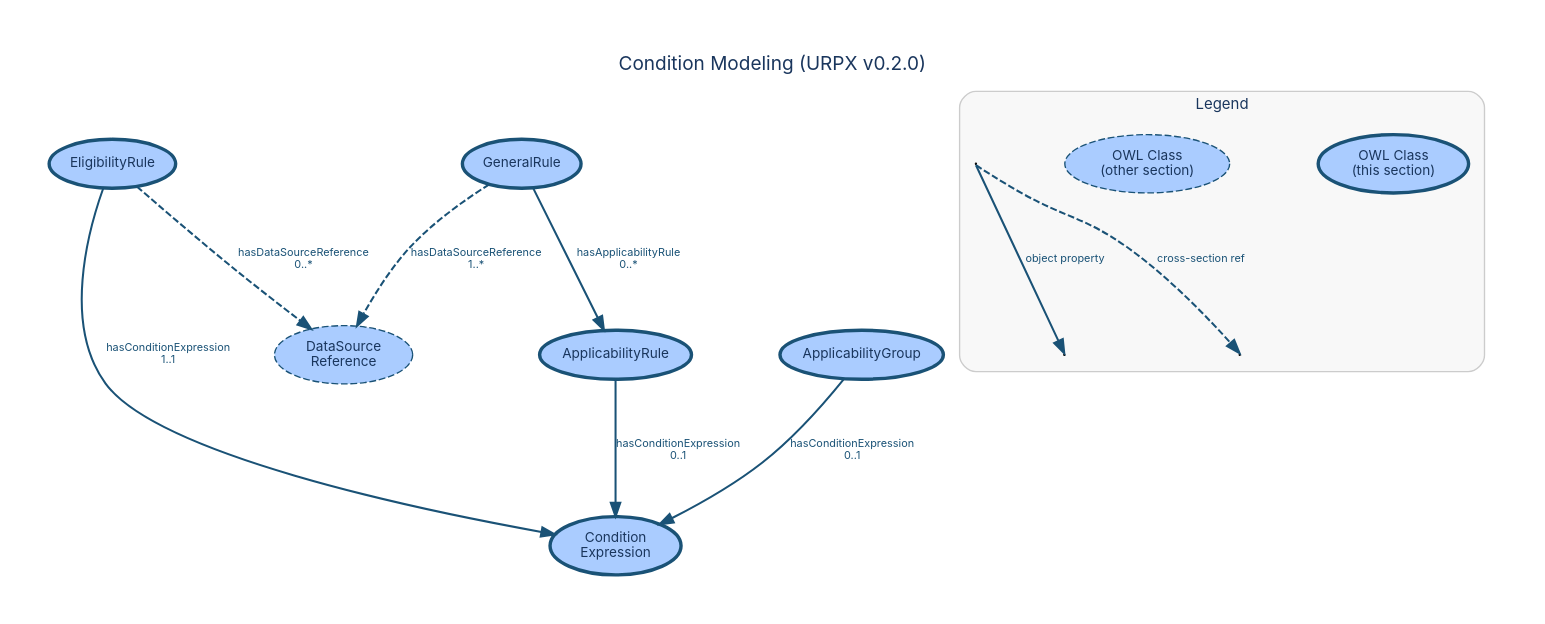
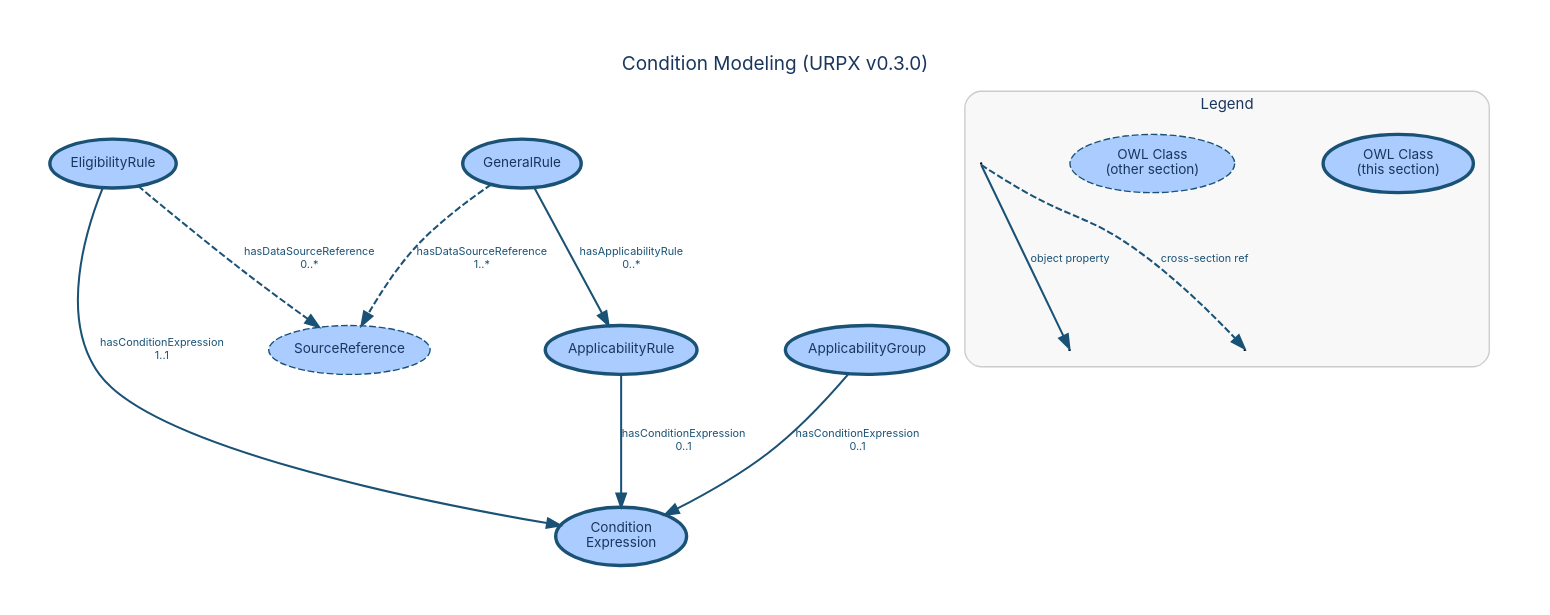
Before and after one commit to urpx-org/urpx: the diagram in documentation/diagrams/dictionary/condition-modeling.dot, drawn with Graphviz. The commit also changed 52 other files, not shown here.

First line of the commit message:
Reword ambiguous bare "rate" in ontology annotations to "rate plan," "price," or "cost", Regenerate data dictionary and diagrams for v0.3.0; add v0.3.0 release notes draft

```diff
--- a/documentation/diagrams/dictionary/condition-modeling.dot
+++ b/documentation/diagrams/dictionary/condition-modeling.dot
@@ -1,82 +1,82 @@
 digraph "Condition Modeling" {
     rankdir=TB;
     bgcolor="white";
     pad=0.4;
     nodesep=0.9;
     ranksep=1.1;
     start=42;
     fontname="Inter, Helvetica, Arial, sans-serif";
-    label="Condition Modeling (URPX v0.2.0)";
+    label="Condition Modeling (URPX v0.3.0)";
     labelloc="t";
     fontsize=14;
     fontcolor="#1a365d";
     node [fontname="Inter, Helvetica, Arial, sans-serif", fontsize=10, style=filled, fontcolor="#1a365d"];
     edge [fontname="Inter, Helvetica, Arial, sans-serif", fontsize=8, fontcolor="#1a365d"];
 
     // Section classes
     EligibilityRule [
         label="EligibilityRule"
         shape=ellipse, fillcolor="#aaccff", color="#1a5276", penwidth=2.5
     ];
     ApplicabilityRule [
         label="ApplicabilityRule"
         shape=ellipse, fillcolor="#aaccff", color="#1a5276", penwidth=2.5
     ];
     ApplicabilityGroup [
         label="ApplicabilityGroup"
         shape=ellipse, fillcolor="#aaccff", color="#1a5276", penwidth=2.5
     ];
     ConditionExpression [
         label="Condition\nExpression"
         shape=ellipse, fillcolor="#aaccff", color="#1a5276", penwidth=2.5
     ];
     GeneralRule [
         label="GeneralRule"
         shape=ellipse, fillcolor="#aaccff", color="#1a5276", penwidth=2.5
     ];
 
     // Cross-section references
-    DataSourceReference [
-        label="DataSource\nReference"
+    SourceReference [
+        label="SourceReference"
         shape=ellipse, fillcolor="#aaccff", color="#1a5276", penwidth=1, style="filled,dashed"
     ];
 
     // Object property edges
     EligibilityRule -> ConditionExpression [
         label="hasConditionExpression\n1..1", color="#1a5276", fontcolor="#1a5276", penwidth=1.5
     ];
-    EligibilityRule -> DataSourceReference [
+    EligibilityRule -> SourceReference [
         label="hasDataSourceReference\n0..*", style=dashed, color="#1a5276", fontcolor="#1a5276", penwidth=1.5
     ];
     ApplicabilityRule -> ConditionExpression [
         label="hasConditionExpression\n0..1", color="#1a5276", fontcolor="#1a5276", penwidth=1.5
     ];
     ApplicabilityGroup -> ConditionExpression [
         label="hasConditionExpression\n0..1", color="#1a5276", fontcolor="#1a5276", penwidth=1.5
     ];
     GeneralRule -> ApplicabilityRule [
         label="hasApplicabilityRule\n0..*", color="#1a5276", fontcolor="#1a5276", penwidth=1.5
     ];
-    GeneralRule -> DataSourceReference [
+    GeneralRule -> SourceReference [
         label="hasDataSourceReference\n1..*", style=dashed, color="#1a5276", fontcolor="#1a5276", penwidth=1.5
     ];
 
     subgraph cluster_legend {
         label="Legend";
         fontname="Inter, Helvetica, Arial, sans-serif";
         fontsize=11;
         fontcolor="#1a365d";
         style=rounded;
         color="#cccccc";
         bgcolor="#f8f8f8";
         margin=12;
 
         leg_class [label="OWL Class\n(this section)", shape=ellipse, fillcolor="#aaccff", color="#1a5276", penwidth=2.5];
         leg_xref [label="OWL Class\n(other section)", shape=ellipse, fillcolor="#aaccff", color="#1a5276", penwidth=1, style="filled,dashed"];
         leg_src [label=" ", shape=point, width=0.01];
         leg_tgt1 [label=" ", shape=point, width=0.01];
         leg_src -> leg_tgt1 [label="object property", color="#1a5276", fontcolor="#1a5276", penwidth=1.5];
         leg_tgt2 [label=" ", shape=point, width=0.01];
         leg_src -> leg_tgt2 [label="cross-section ref", style=dashed, color="#1a5276", fontcolor="#1a5276", penwidth=1.5];
     }
 }
```
